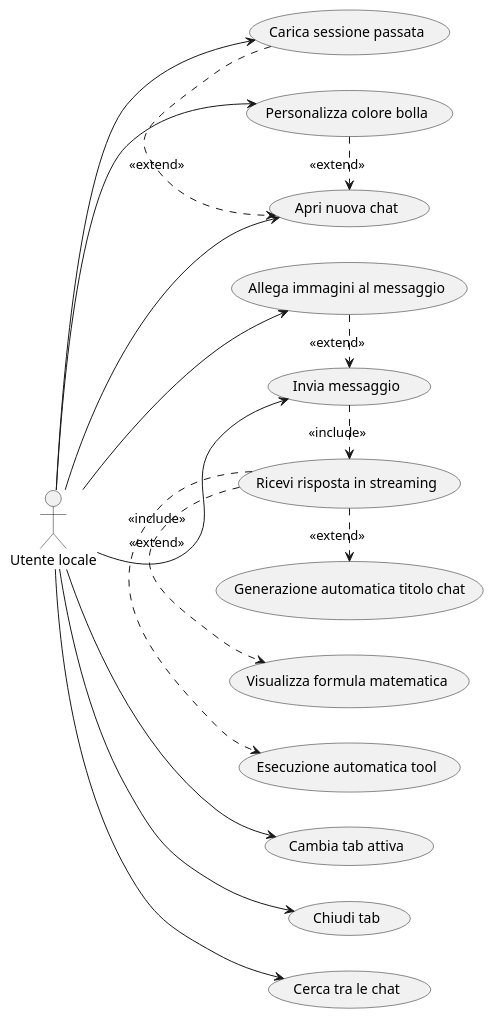
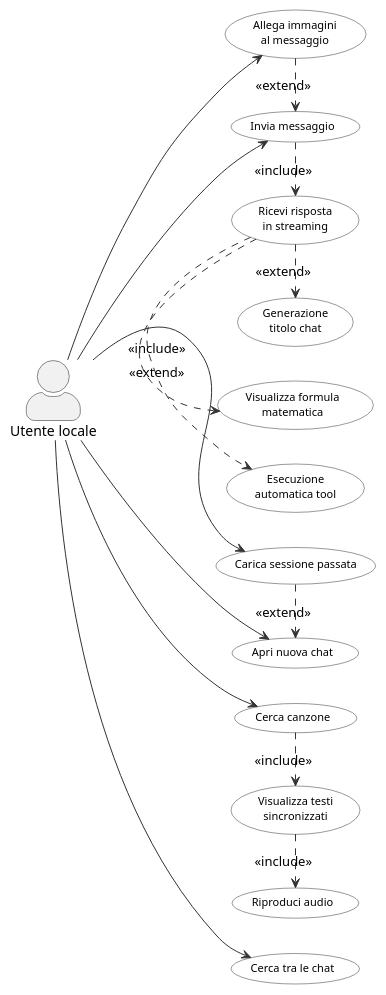
The second of 3 diagrams in REQUISITI_PROGETTO.md (AlbertoBruscoliniMain/RaxeusAI), drawn with PlantUML before and after one commit. The commit also changed other lines of this file, not shown here.

Commit message:
Requisiti: aggiornamento completo con KaTeX, titolo smart e RaxeusLyric

````diff
--- a/REQUISITI_PROGETTO.md
+++ b/REQUISITI_PROGETTO.md
@@ -151,24 +246,31 @@
 ```plantuml
-@startuml uc
+@startuml
 left to right direction
+skinparam actorStyle awesome
+skinparam usecase {
+  BackgroundColor White
+  BorderColor #333333
+  FontSize 11
+}
+skinparam ArrowColor #333333
+
 actor "Utente locale" as Utente
 
 Utente --> (Invia messaggio)
 Utente --> (Apri nuova chat)
-Utente --> (Cambia tab attiva)
-Utente --> (Chiudi tab)
 Utente --> (Cerca tra le chat)
-Utente --> (Personalizza colore bolla)
 Utente --> (Carica sessione passata)
-Utente --> (Allega immagini al messaggio)
+Utente --> (Allega immagini\nal messaggio)
+Utente --> (Cerca canzone)
 
-(Invia messaggio) .> (Ricevi risposta in streaming) : <<include>>
-(Ricevi risposta in streaming) .> (Esecuzione automatica tool) : <<include>>
-(Ricevi risposta in streaming) .> (Visualizza formula matematica) : <<extend>>
-(Ricevi risposta in streaming) .> (Generazione automatica titolo chat) : <<extend>>
+(Invia messaggio)              .> (Ricevi risposta\nin streaming)        : <<include>>
+(Ricevi risposta\nin streaming) .> (Esecuzione\nautomatica tool)        : <<include>>
+(Ricevi risposta\nin streaming) .> (Visualizza formula\nmatematica)      : <<extend>>
+(Ricevi risposta\nin streaming) .> (Generazione\ntitolo chat)            : <<extend>>
+(Allega immagini\nal messaggio) .> (Invia messaggio)                     : <<extend>>
+(Carica sessione passata)       .> (Apri nuova chat)                     : <<extend>>
+(Cerca canzone)                 .> (Visualizza testi\nsincronizzati)      : <<include>>
+(Visualizza testi\nsincronizzati) .> (Riproduci audio)                   : <<include>>
 
-(Carica sessione passata) .> (Apri nuova chat) : <<extend>>
-(Personalizza colore bolla) .> (Apri nuova chat) : <<extend>>
-(Allega immagini al messaggio) .> (Invia messaggio) : <<extend>>
 @enduml
 ```
````
